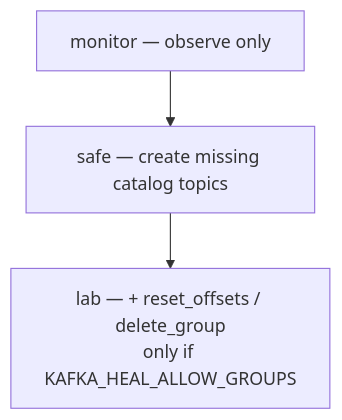
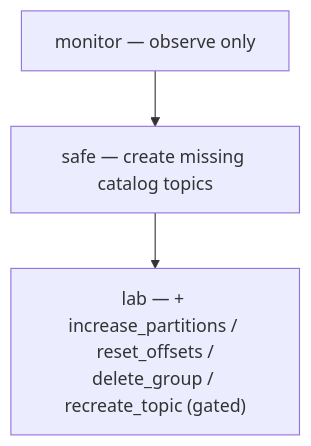
One commit to BrooksIan/FlinkDockerWithAgents changed the third of 3 diagrams in docs/KAFKA_MONITOR.md. Above: the diagram before and after it, drawn with Mermaid. The commit also changed other lines of this file and 49 other files, not shown here.

````diff
--- a/docs/KAFKA_MONITOR.md
+++ b/docs/KAFKA_MONITOR.md
@@ -62,5 +62,5 @@
 ```mermaid
 flowchart TB
   M["monitor — observe only"] --> S["safe — create missing catalog topics"]
-  S --> L["lab — + reset_offsets / delete_group\nonly if KAFKA_HEAL_ALLOW_GROUPS"]
+  S --> L["lab — + increase_partitions / reset_offsets /\ndelete_group / recreate_topic (gated)"]
 ```
````
